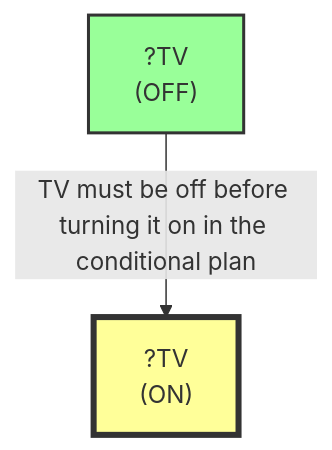
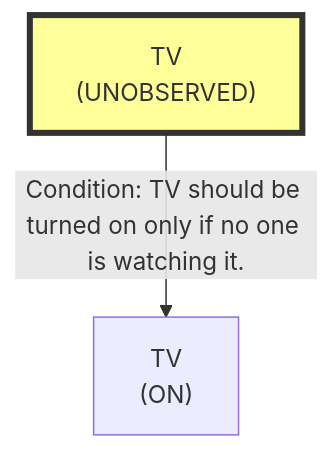
The first of 8 diagrams in evaluation/results/table2/robostate/scale/S3/E_MULTI_G02_S3/run_E_MULTI_G02_S3.md (scuama/virtualhome), drawn with Mermaid before and after one commit. The commit also changed other lines of this file and 108 other files, not shown here.

````diff
--- a/evaluation/results/table2/robostate/scale/S3/E_MULTI_G02_S3/run_E_MULTI_G02_S3.md
+++ b/evaluation/results/table2/robostate/scale/S3/E_MULTI_G02_S3/run_E_MULTI_G02_S3.md
@@ -102,8 +98,7 @@
 ```mermaid
 graph TD
-    N1["?TV<br>(ON)"]
-    style N1 fill:#ff9,stroke:#333,stroke-width:4px
-    N2["?TV<br>(OFF)"]
-    style N2 fill:#9f9,stroke:#333,stroke-width:2px
-    N2 -->|"TV must be off before turning it on in the conditional plan"| N1
+    N1["TV<br>(ON)"]
+    N2["TV<br>(UNOBSERVED)"]
+    style N2 fill:#ff9,stroke:#333,stroke-width:4px
+    N2 -->|"Condition: TV should be turned on only if no one is watching it."| N1
 ```
````
